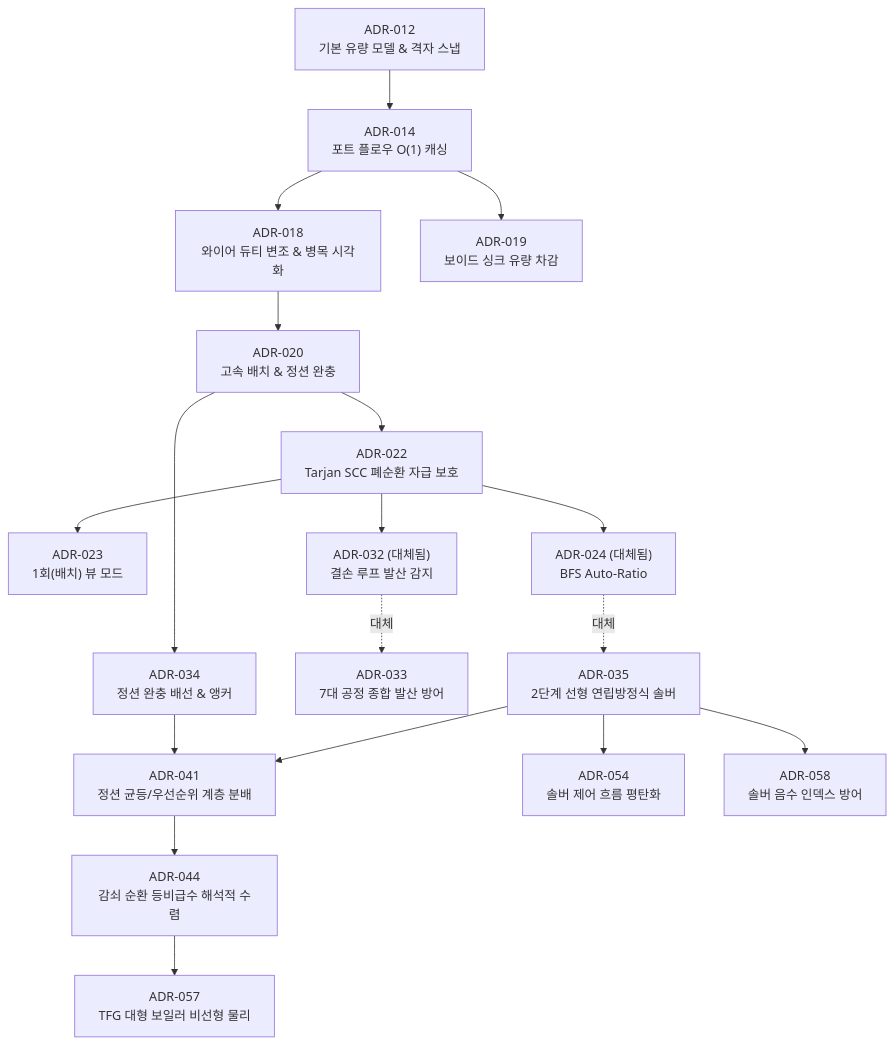
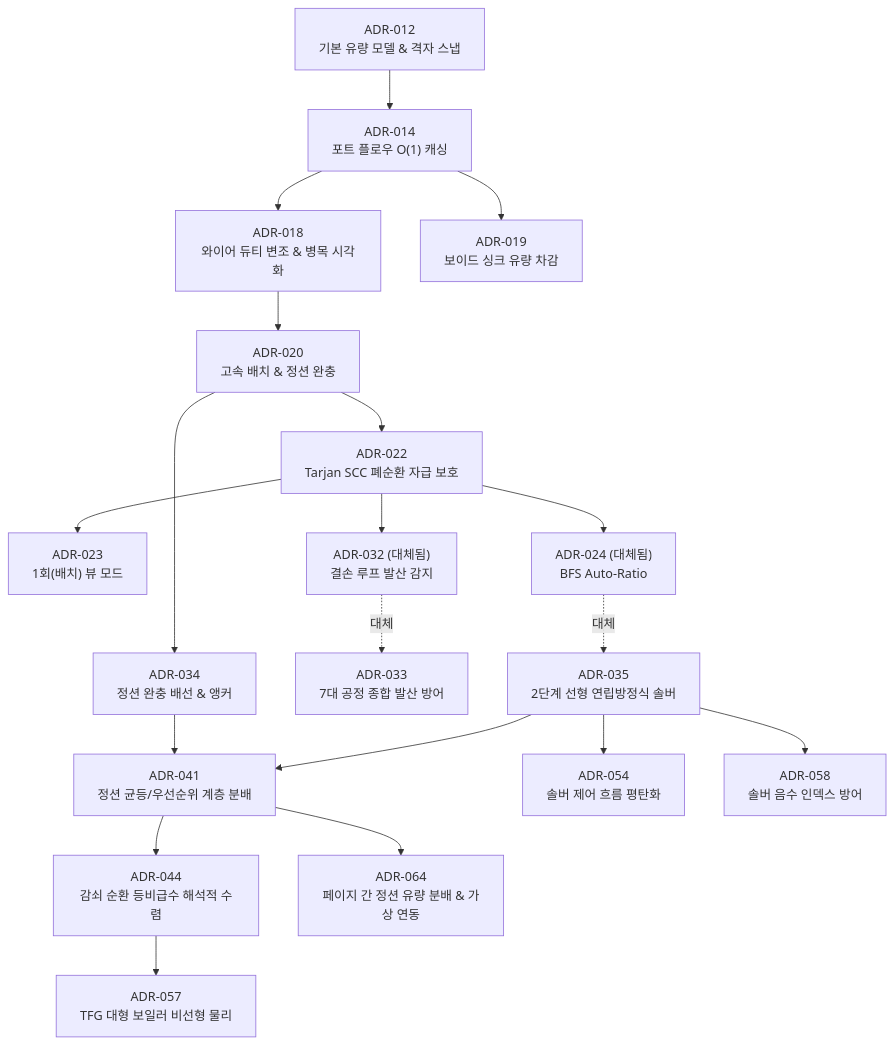
One commit to Amvermain/GregTechCalculatorBoard changed the second of 4 diagrams in docs/adr/README.md. Above: the diagram before and after it, drawn with Mermaid. The commit also changed other lines of this file and 212 other files, not shown here.

````diff
--- a/docs/adr/README.md
+++ b/docs/adr/README.md
@@ -37,20 +37,21 @@
 ```mermaid
 flowchart TD
     ADR012["ADR-012<br/>기본 유량 모델 & 격자 스냅"] --> ADR014["ADR-014<br/>포트 플로우 O(1) 캐싱"]
     ADR014 --> ADR018["ADR-018<br/>와이어 듀티 변조 & 병목 시각화"]
     ADR014 --> ADR019["ADR-019<br/>보이드 싱크 유량 차감"]
     ADR018 --> ADR020["ADR-020<br/>고속 배치 & 정션 완충"]
     ADR020 --> ADR022["ADR-022<br/>Tarjan SCC 폐순환 자급 보호"]
     ADR022 --> ADR023["ADR-023<br/>1회(배치) 뷰 모드"]
     ADR022 --> ADR024["ADR-024 (대체됨)<br/>BFS Auto-Ratio"]
     ADR024 -.->|대체| ADR035["ADR-035<br/>2단계 선형 연립방정식 솔버"]
     ADR022 --> ADR032["ADR-032 (대체됨)<br/>결손 루프 발산 감지"]
     ADR032 -.->|대체| ADR033["ADR-033<br/>7대 공정 종합 발산 방어"]
     ADR020 --> ADR034["ADR-034<br/>정션 완충 배선 & 앵커"]
     ADR035 --> ADR041["ADR-041<br/>정션 균등/우선순위 계층 분배"]
     ADR034 --> ADR041
     ADR041 --> ADR044["ADR-044<br/>감쇠 순환 등비급수 해석적 수렴"]
+    ADR041 --> ADR064["ADR-064<br/>페이지 간 정션 유량 분배 & 가상 연동"]
     ADR035 --> ADR054["ADR-054<br/>솔버 제어 흐름 평탄화"]
     ADR044 --> ADR057["ADR-057<br/>TFG 대형 보일러 비선형 물리"]
     ADR035 --> ADR058["ADR-058<br/>솔버 음수 인덱스 방어"]
 ```
````
